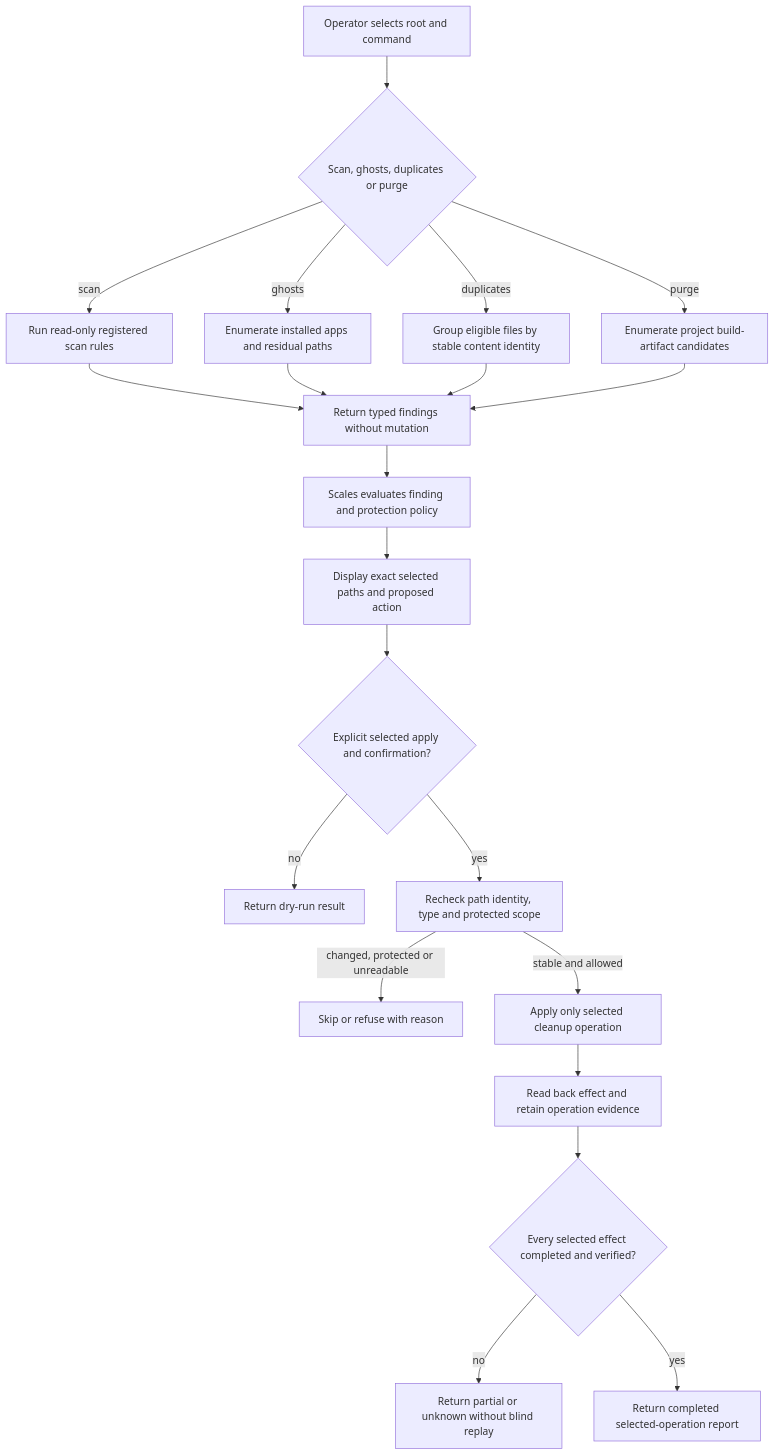
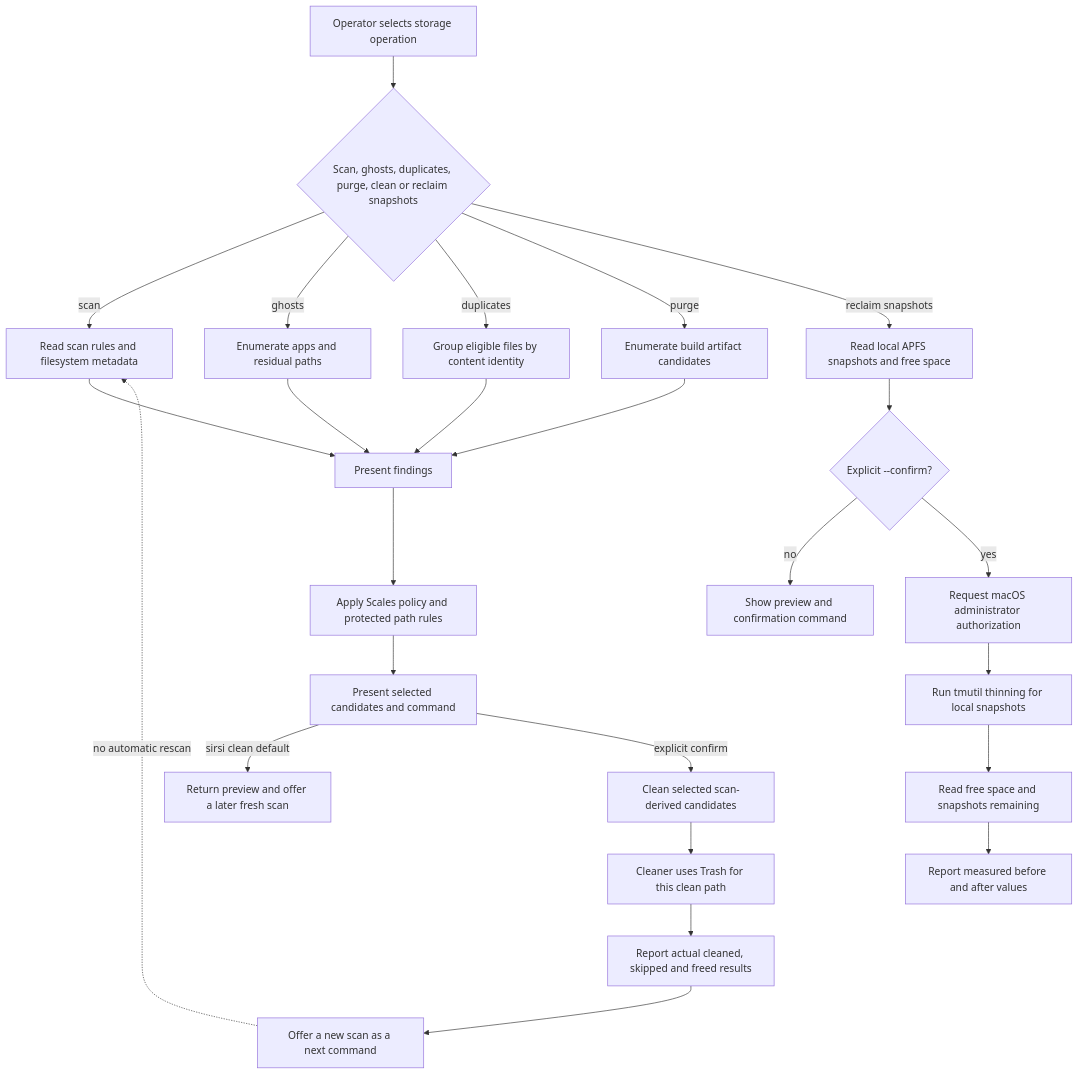
Before and after one commit to SirsiMaster/sirsi-pantheon: diagram 12 of 45 in docs/stacklab/pantheon-pt/canon/DIAGRAMS_PRODUCT_OPERATIONS.md, drawn with Mermaid. The commit also changed other lines of this file and 2 other files, not shown here.

Commit message:
docs(stacklab): align workflow diagrams with actual effects and recovery

````diff
--- a/docs/stacklab/pantheon-pt/canon/DIAGRAMS_PRODUCT_OPERATIONS.md
+++ b/docs/stacklab/pantheon-pt/canon/DIAGRAMS_PRODUCT_OPERATIONS.md
@@ -322,23 +350,27 @@
 ```mermaid
 flowchart TD
-  OP[Operator selects root and command] --> CMD{Scan, ghosts, duplicates or purge}
-  CMD -->|scan| RULES[Run read-only registered scan rules]
-  CMD -->|ghosts| APPS[Enumerate installed apps and residual paths]
-  CMD -->|duplicates| HASH[Group eligible files by stable content identity]
-  CMD -->|purge| BUILD[Enumerate project build-artifact candidates]
-  RULES --> FIND[Return typed findings without mutation]
-  APPS --> FIND
-  HASH --> FIND
-  BUILD --> FIND
-  FIND --> POLICY[Scales evaluates finding and protection policy]
-  POLICY --> PREVIEW[Display exact selected paths and proposed action]
-  PREVIEW --> CONFIRM{Explicit selected apply and confirmation?}
-  CONFIRM -->|no| STOP[Return dry-run result]
-  CONFIRM -->|yes| RECHECK[Recheck path identity, type and protected scope]
-  RECHECK -->|changed, protected or unreadable| REFUSE[Skip or refuse with reason]
-  RECHECK -->|stable and allowed| EFFECT[Apply only selected cleanup operation]
-  EFFECT --> VERIFY[Read back effect and retain operation evidence]
-  VERIFY --> PARTIAL{Every selected effect completed and verified?}
-  PARTIAL -->|no| OPEN[Return partial or unknown without blind replay]
-  PARTIAL -->|yes| DONE[Return completed selected-operation report]
+  OP[Operator selects storage operation] --> CMD{Scan, ghosts, duplicates, purge, clean or reclaim snapshots}
+  CMD -->|scan| SCAN[Read scan rules and filesystem metadata]
+  CMD -->|ghosts| GHOST[Enumerate apps and residual paths]
+  CMD -->|duplicates| DUP[Group eligible files by content identity]
+  CMD -->|purge| PURGE[Enumerate build artifact candidates]
+  SCAN --> FIND[Present findings]
+  GHOST --> FIND
+  DUP --> FIND
+  PURGE --> FIND
+  FIND --> JUDGE[Apply Scales policy and protected path rules]
+  JUDGE --> PREVIEW[Present selected candidates and command]
+  PREVIEW -->|sirsi clean default| DRY[Return preview and offer a later fresh scan]
+  PREVIEW -->|explicit confirm| CLEAN[Clean selected scan-derived candidates]
+  CLEAN --> TRASH[Cleaner uses Trash for this clean path]
+  TRASH --> REPORT[Report actual cleaned, skipped and freed results]
+  REPORT --> NEXT[Offer a new scan as a next command]
+  NEXT -. no automatic rescan .-> SCAN
+  CMD -->|reclaim snapshots| SNAP[Read local APFS snapshots and free space]
+  SNAP --> SNAPCONF{Explicit --confirm?}
+  SNAPCONF -->|no| SNAPPLAN[Show preview and confirmation command]
+  SNAPCONF -->|yes| ADMIN[Request macOS administrator authorization]
+  ADMIN --> THIN[Run tmutil thinning for local snapshots]
+  THIN --> SNAPREAD[Read free space and snapshots remaining]
+  SNAPREAD --> SNAPOUT[Report measured before and after values]
 ```
````
